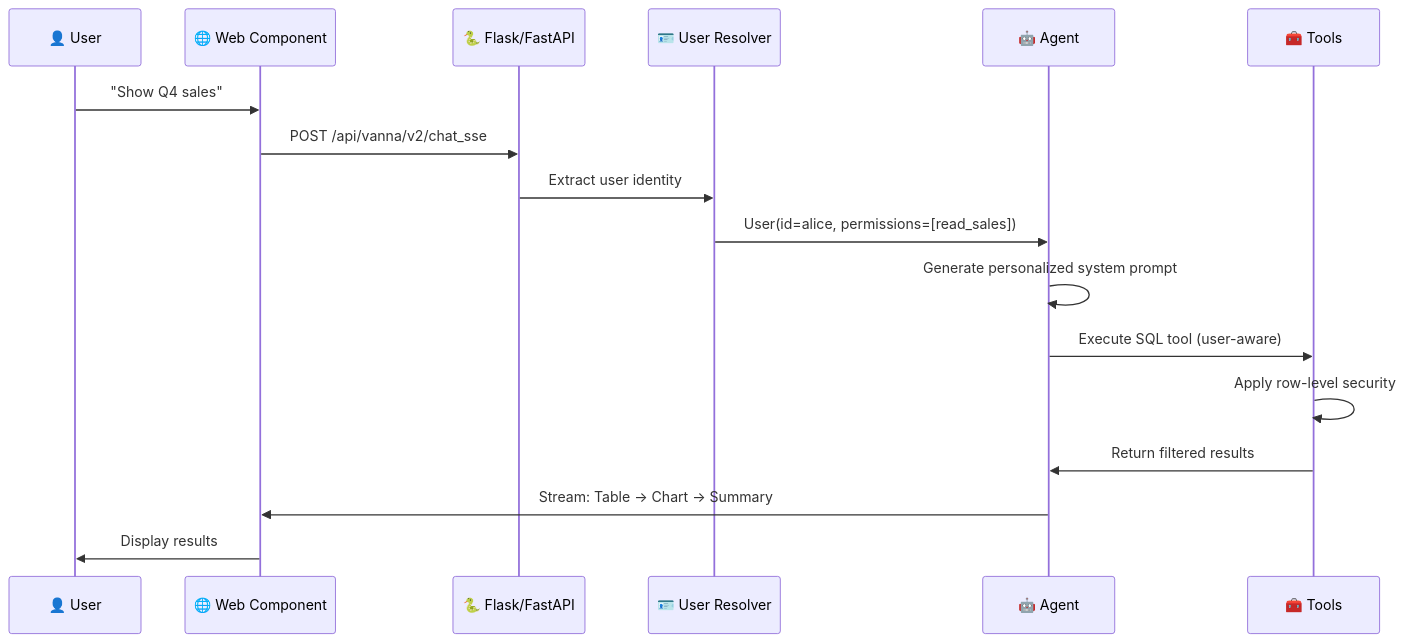
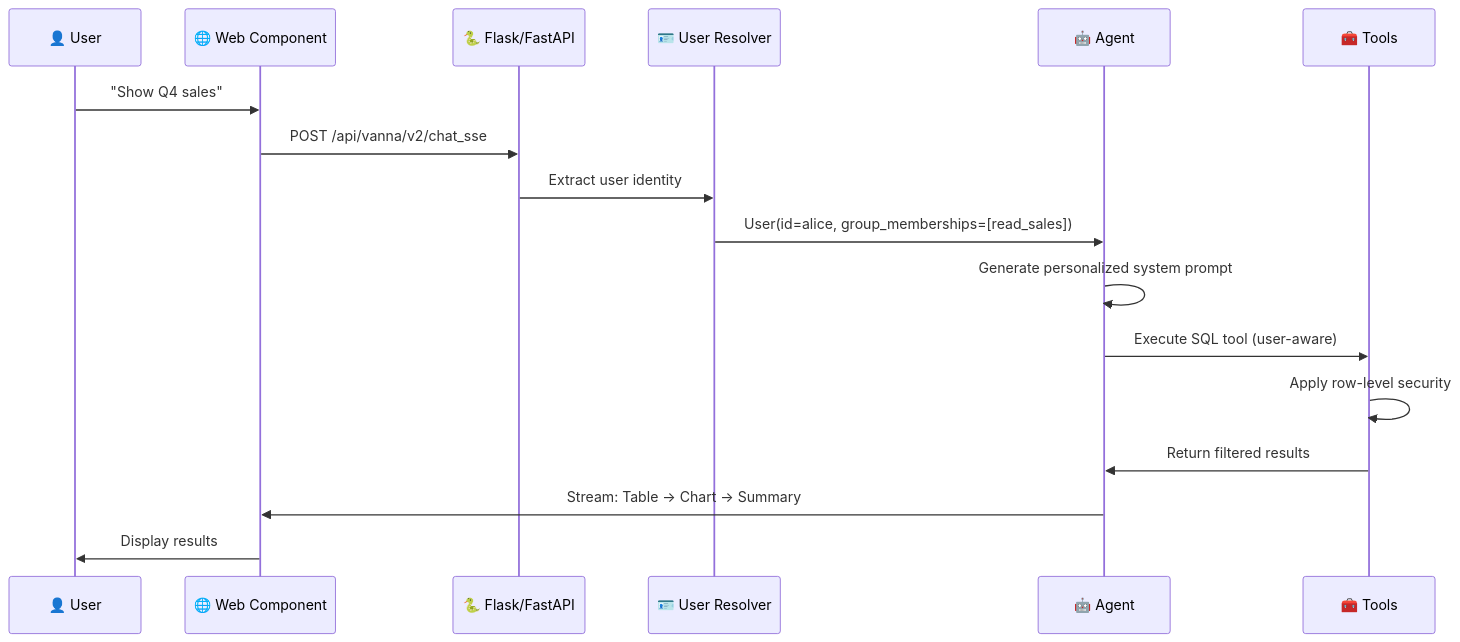
One commit to vanna-ai/vanna changed the second of 3 diagrams in README.md. Above: the diagram before and after it, drawn with Mermaid. The commit also changed other lines of this file and 3 other files, not shown here.

````diff
--- a/README.md
+++ b/README.md
@@ -102,20 +104,20 @@
 ```mermaid
 sequenceDiagram
     participant U as 👤 User
     participant W as 🌐 Web Component
     participant S as 🐍 Flask/FastAPI
     participant R as 🪪 User Resolver
     participant A as 🤖 Agent
     participant T as 🧰 Tools
 
     U->>W: "Show Q4 sales"
     W->>S: POST /api/vanna/v2/chat_sse
     S->>R: Extract user identity
-    R->>A: User(id=alice, permissions=[read_sales])
+    R->>A: User(id=alice, group_memberships=[read_sales])
     A->>A: Generate personalized system prompt
     A->>T: Execute SQL tool (user-aware)
     T->>T: Apply row-level security
     T->>A: Return filtered results
     A->>W: Stream: Table → Chart → Summary
     W->>U: Display results
 ```
````
